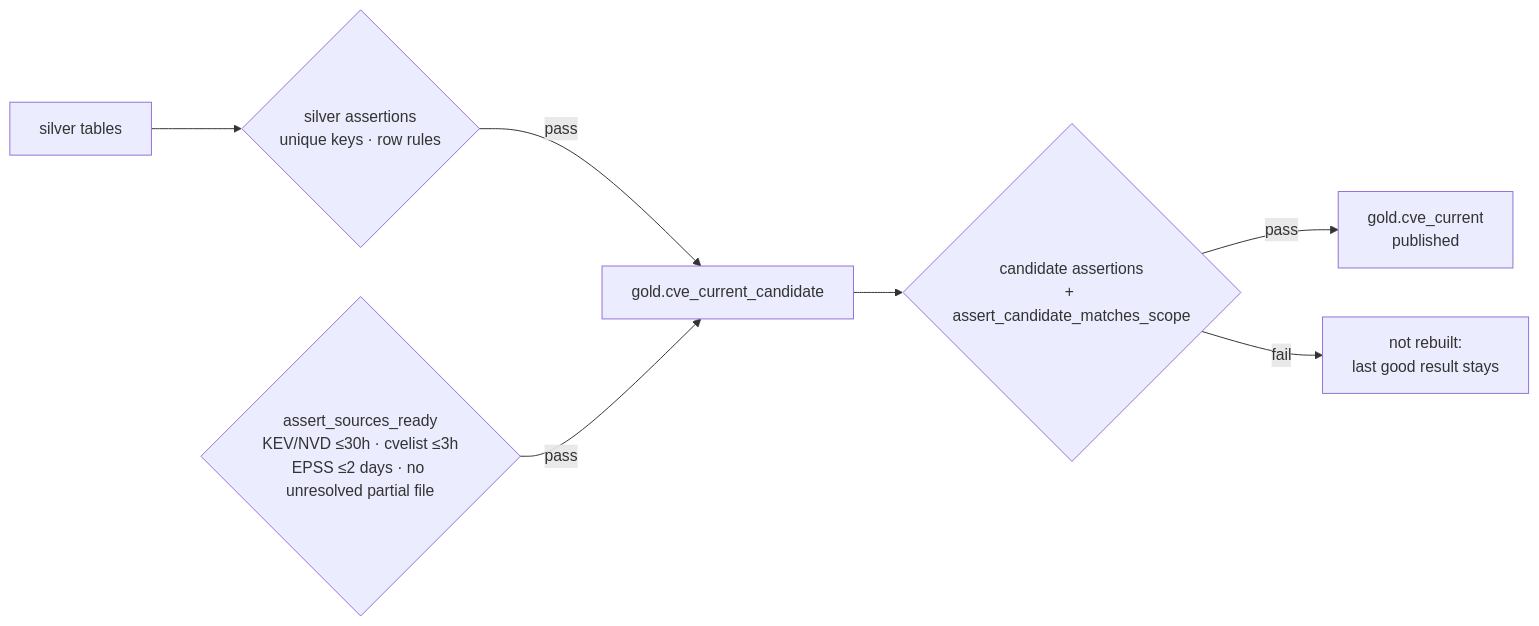
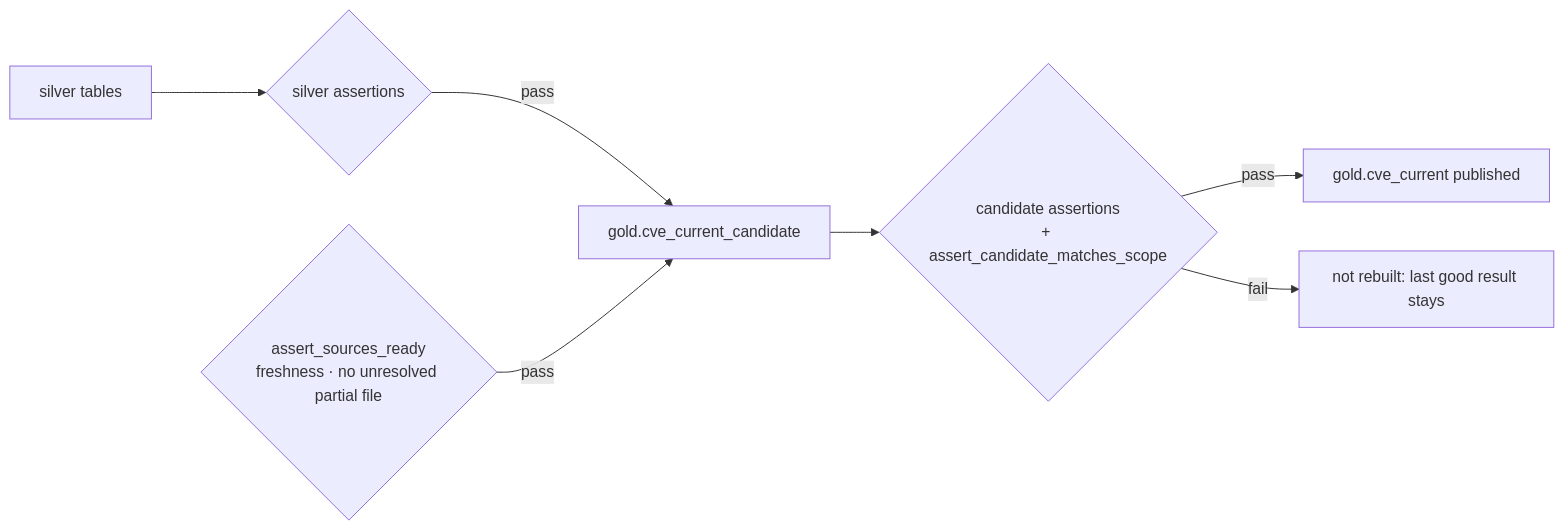
One commit to Abdullah-Alshabi/vuln-intel-warehouse changed the second of 2 diagrams in README.md. Above: the diagram before and after it, drawn with Mermaid. The commit also changed other lines of this file and 2 other files, not shown here.

First line of the commit message:
README per review: precise claims (P1/P2 count, gate vs verification, create-only raw, lineage, cve_metrics), dated figures; details moved to docs/operations.md and docs/verification.md

````diff
--- a/README.md
+++ b/README.md
@@ -223,9 +171,9 @@
 ```mermaid
 flowchart LR
-    SV[silver tables] --> SA{silver assertions<br/>unique keys · row rules}
+    SV[silver tables] --> SA{silver assertions}
     SA -->|pass| C[gold.cve_current_candidate]
-    SR{assert_sources_ready<br/>KEV/NVD ≤30h · cvelist ≤3h<br/>EPSS ≤2 days · no unresolved partial file} -->|pass| C
+    SR{assert_sources_ready<br/>freshness · no unresolved partial file} -->|pass| C
     C --> CA{candidate assertions<br/>+ assert_candidate_matches_scope}
-    CA -->|pass| P[gold.cve_current<br/>published]
-    CA -->|fail| K[not rebuilt:<br/>last good result stays]
+    CA -->|pass| P[gold.cve_current published]
+    CA -->|fail| K[not rebuilt: last good result stays]
 ```
````
